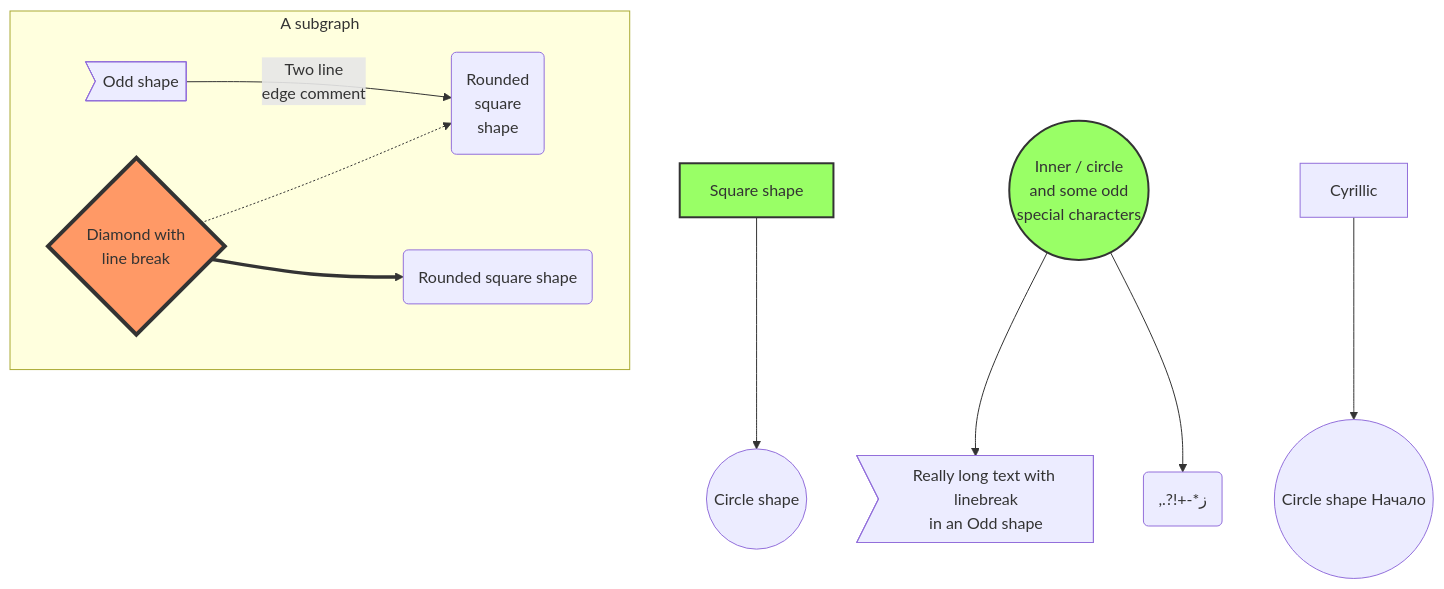
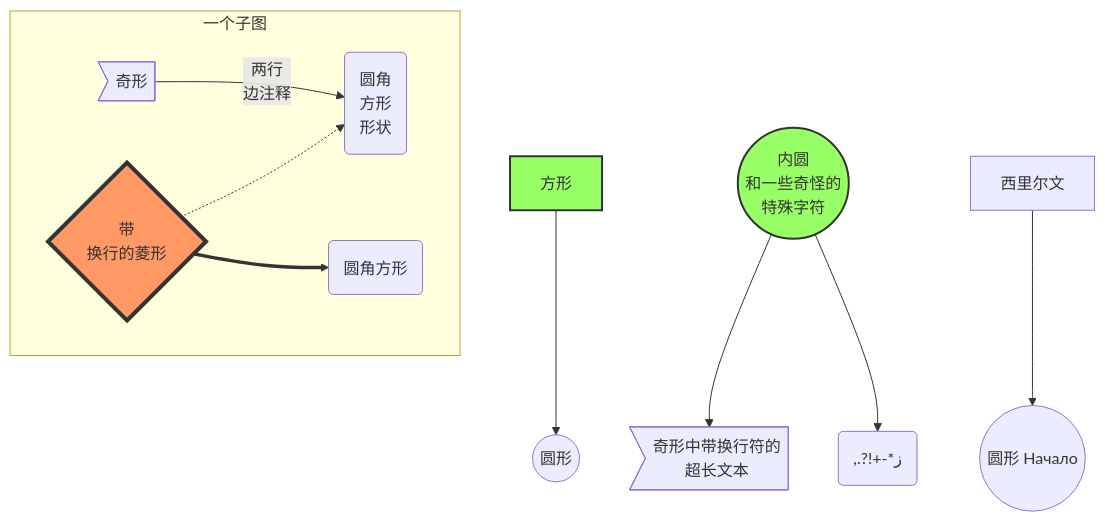
One commit to EloitHao/EloitHao.github.io changed the third of 4 diagrams in _posts/2024-02-05-sample-post.md. Above: the diagram before and after it, drawn with Mermaid. The commit also changed other lines of this file and 35 other files, not shown here.

````diff
--- a/_posts/2024-02-05-sample-post.md
+++ b/_posts/2024-02-05-sample-post.md
@@ -183,26 +183,26 @@
 ```mermaid
 
 graph TB
-    sq[Square shape] --> ci((Circle shape))
+    sq[方形] --> ci((圆形))
 
-    subgraph A subgraph
-        od>Odd shape]-- Two line<br/>edge comment --> ro
-        di{Diamond with <br/> line break} -.-> ro(Rounded<br>square<br>shape)
-        di==>ro2(Rounded square shape)
+    subgraph 一个子图
+        od>奇形]-- 两行<br/>边注释 --> ro
+        di{带<br/>换行的菱形} -.-> ro(圆角<br>方形<br>形状)
+        di==>ro2(圆角方形)
     end
 
-    %% Notice that no text in shape are added here instead that is appended further down
-    e --> od3>Really long text with linebreak<br>in an Odd shape]
+    %% 注意，这里没有在形状中添加文字，而是追加在更下面
+    e --> od3>奇形中带换行符的<br>超长文本]
 
-    %% Comments after double percent signs
-    e((Inner / circle<br>and some odd <br>special characters)) --> f(,.?!+-*ز)
+    %% 双百分号后面是注释
+    e((内圆<br>和一些奇怪的<br>特殊字符)) --> f(,.?!+-*ز)
 
-    cyr[Cyrillic]-->cyr2((Circle shape Начало));
+    cyr[西里尔文]-->cyr2((圆形 Начало));
 
      classDef green fill:#9f6,stroke:#333,stroke-width:2px;
      classDef orange fill:#f96,stroke:#333,stroke-width:4px;
      class sq,e green
      class di orange
 
 
 ```
````
